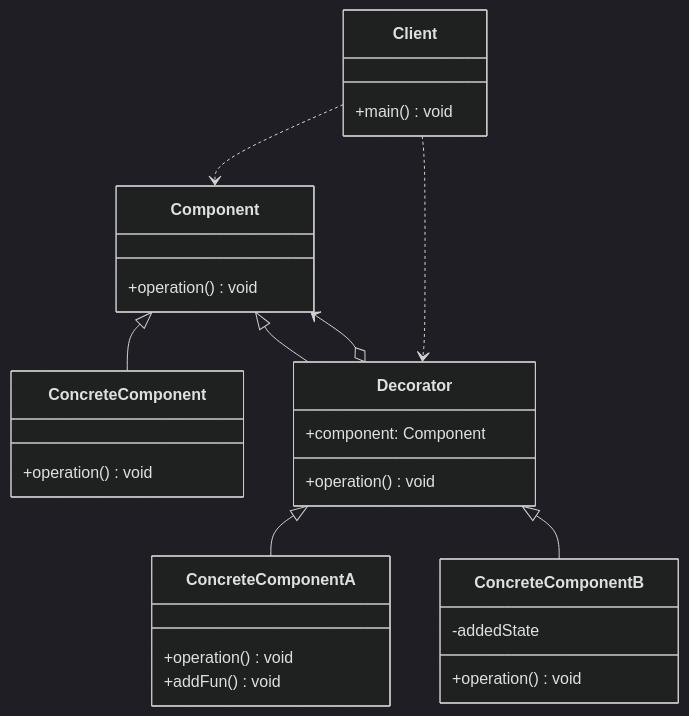
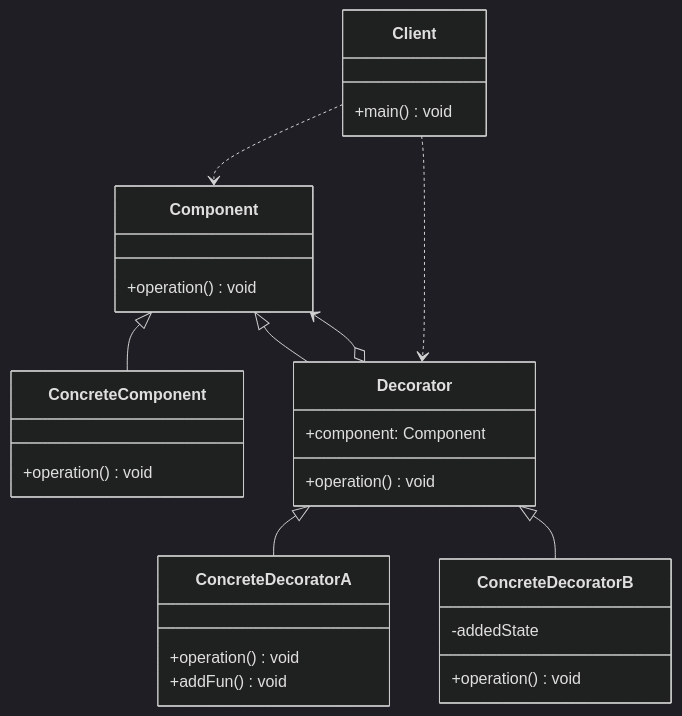
Before and after one commit to InfiniteAstral/notes: the eighth of 11 diagrams in 计算机科学/面向对象设计与Java编程/9 设计模式/9-1 设计模式概述.md, drawn with Mermaid (dark theme). The commit also changed 4 other files, not shown here.

````diff
--- a/计算机科学/面向对象设计与Java编程/9 设计模式/9-1 设计模式概述.md
+++ b/计算机科学/面向对象设计与Java编程/9 设计模式/9-1 设计模式概述.md
@@ -348,36 +348,36 @@
 ```mermaid
 classDiagram
   direction TB
   class Client {
     +main() void
   }
   class Component {
     +operation() void
   }
   class ConcreteComponent {
     +operation() void
   }
-  class ConcreteComponentA {
+  class ConcreteDecoratorA {
     +operation() void
     +addFun() void
   }
-  class ConcreteComponentB {
+  class ConcreteDecoratorB {
     -addedState
     +operation() void
   }
   class Decorator {
     +component: Component
     +operation() void
   }
 
   Component <|-- ConcreteComponent
   Component <|-- Decorator
 
-  Decorator <|-- ConcreteComponentA
-  Decorator <|-- ConcreteComponentB
+  Decorator <|-- ConcreteDecoratorA
+  Decorator <|-- ConcreteDecoratorB
 
   Component <--o Decorator
 
   Client ..> Component
   Client ..> Decorator
 ```
````
